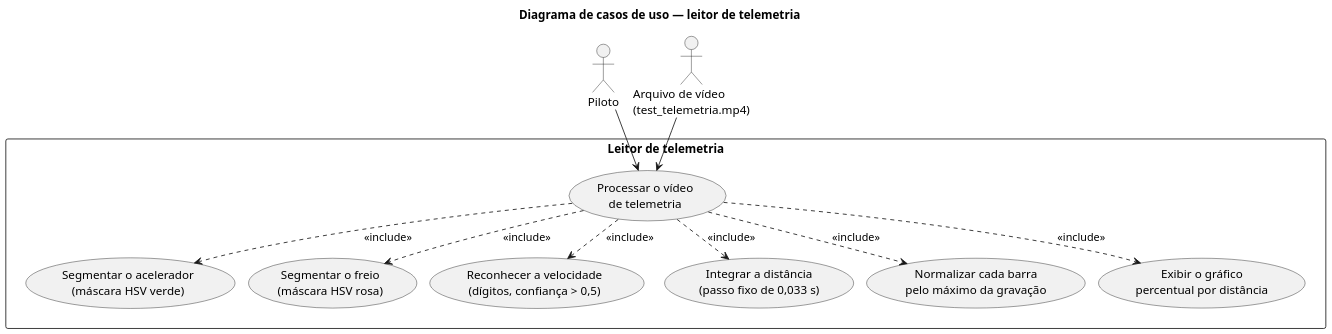
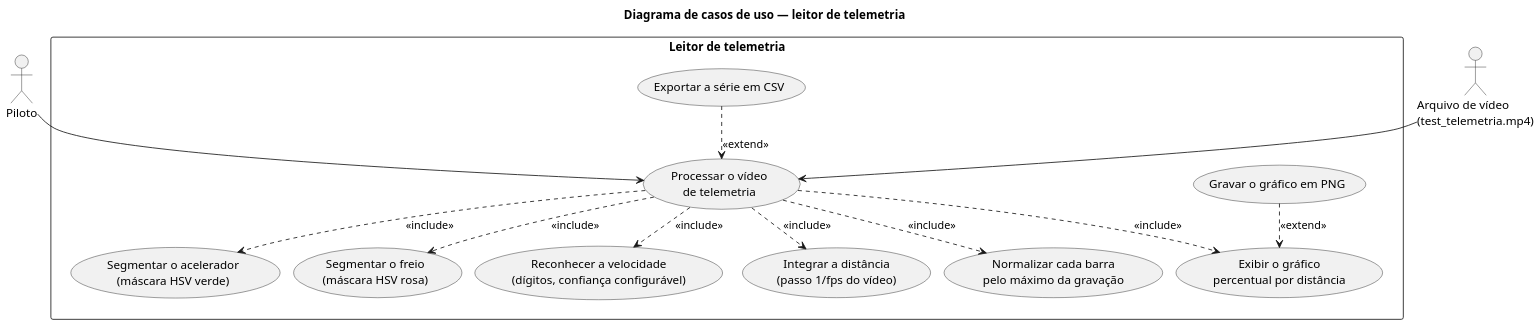
One commit to Matheus-Hen/telemetria_cloud changed the diagram in docs/diagramas/diagrama-casos-de-uso.puml. Above: the diagram before and after it, drawn with PlantUML. The commit also changed 10 other files, not shown here.

```diff
--- a/docs/diagramas/diagrama-casos-de-uso.puml
+++ b/docs/diagramas/diagrama-casos-de-uso.puml
@@ -1,39 +1,43 @@
 @startuml diagrama-casos-de-uso
 top to bottom direction
 skinparam shadowing false
 skinparam dpi 140
 skinparam backgroundColor white
 skinparam packageStyle rectangle
 skinparam nodesep 16
 skinparam ranksep 18
 
 title Diagrama de casos de uso — leitor de telemetria
 
 actor "Piloto" as piloto
 actor "Arquivo de vídeo\n(test_telemetria.mp4)" as video
 
 rectangle "Leitor de telemetria" {
   usecase "Processar o vídeo\nde telemetria" as UC1
   together {
     usecase "Segmentar o acelerador\n(máscara HSV verde)" as UC2
     usecase "Segmentar o freio\n(máscara HSV rosa)" as UC3
-    usecase "Reconhecer a velocidade\n(dígitos, confiança > 0,5)" as UC4
+    usecase "Reconhecer a velocidade\n(dígitos, confiança configurável)" as UC4
   }
   together {
-    usecase "Integrar a distância\n(passo fixo de 0,033 s)" as UC5
+    usecase "Integrar a distância\n(passo 1/fps do vídeo)" as UC5
     usecase "Normalizar cada barra\npelo máximo da gravação" as UC6
     usecase "Exibir o gráfico\npercentual por distância" as UC7
   }
+  usecase "Gravar o gráfico em PNG" as UC8
+  usecase "Exportar a série em CSV" as UC9
 }
 
 piloto --> UC1
 video --> UC1
 
 ' A seta parte do caso de uso base e chega no caso incluído.
 UC1 ..> UC2 : <<include>>
 UC1 ..> UC3 : <<include>>
 UC1 ..> UC4 : <<include>>
 UC1 ..> UC5 : <<include>>
 UC1 ..> UC6 : <<include>>
 UC1 ..> UC7 : <<include>>
+UC8 ..> UC7 : <<extend>>
+UC9 ..> UC1 : <<extend>>
 @enduml
```
